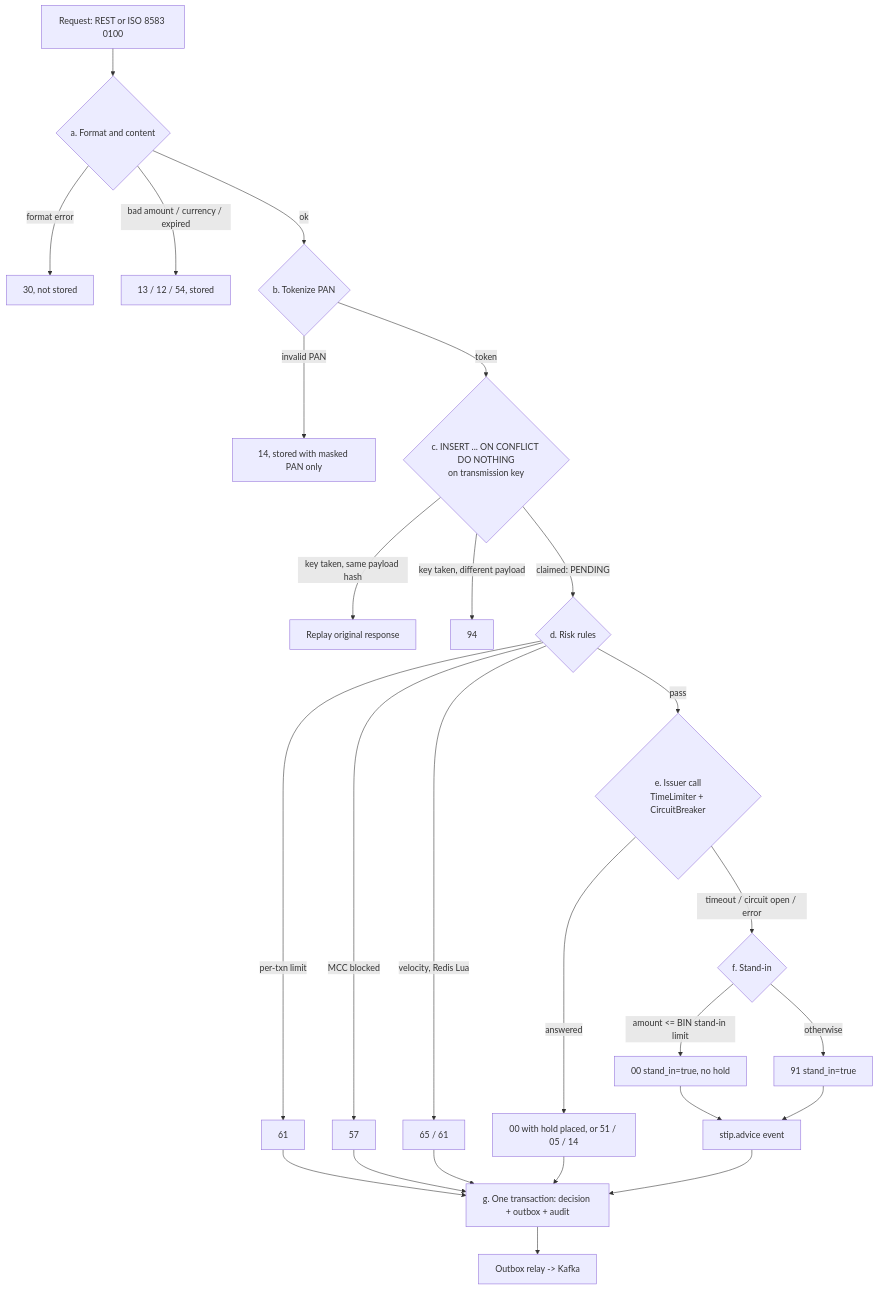
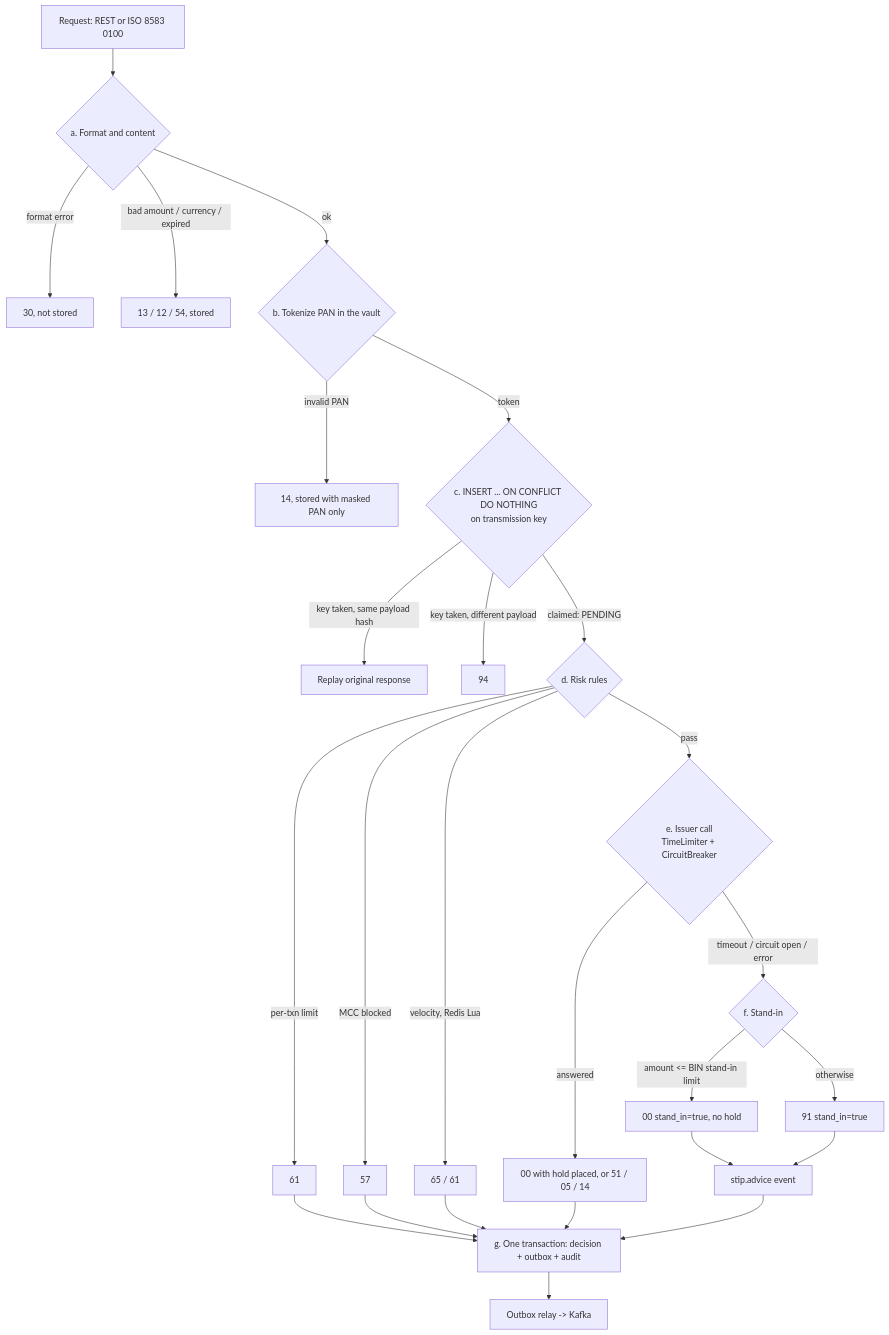
Before and after one commit to mightbeanshuu/cardrail: the diagram in cardrail-switch/README.md, drawn with Mermaid. The commit also changed other lines of this file and 46 other files, not shown here.

````diff
--- a/cardrail-switch/README.md
+++ b/cardrail-switch/README.md
@@ -13,28 +14,28 @@
 ```mermaid
 flowchart TD
     A[Request: REST or ISO 8583 0100] --> V{a. Format and content}
     V -- format error --> R30[30, not stored]
     V -- bad amount / currency / expired --> RS[13 / 12 / 54, stored]
-    V -- ok --> T{b. Tokenize PAN}
+    V -- ok --> T{b. Tokenize PAN in the vault}
     T -- invalid PAN --> R14[14, stored with masked PAN only]
     T -- token --> C{c. INSERT ... ON CONFLICT DO NOTHING<br/>on transmission key}
     C -- key taken, same payload hash --> RP[Replay original response]
     C -- key taken, different payload --> R94[94]
     C -- claimed: PENDING --> K{d. Risk rules}
     K -- per-txn limit --> R61[61]
     K -- MCC blocked --> R57[57]
     K -- velocity, Redis Lua --> R65[65 / 61]
     K -- pass --> I{e. Issuer call<br/>TimeLimiter + CircuitBreaker}
     I -- answered --> D[00 with hold placed, or 51 / 05 / 14]
     I -- timeout / circuit open / error --> S{f. Stand-in}
     S -- amount <= BIN stand-in limit --> SA[00 stand_in=true, no hold]
     S -- otherwise --> S91[91 stand_in=true]
     SA --> ADV[stip.advice event]
     S91 --> ADV
     D --> G[g. One transaction: decision + outbox + audit]
     R61 --> G
     R57 --> G
     R65 --> G
     ADV --> G
     G --> OUT[Outbox relay -> Kafka]
 ```
````
